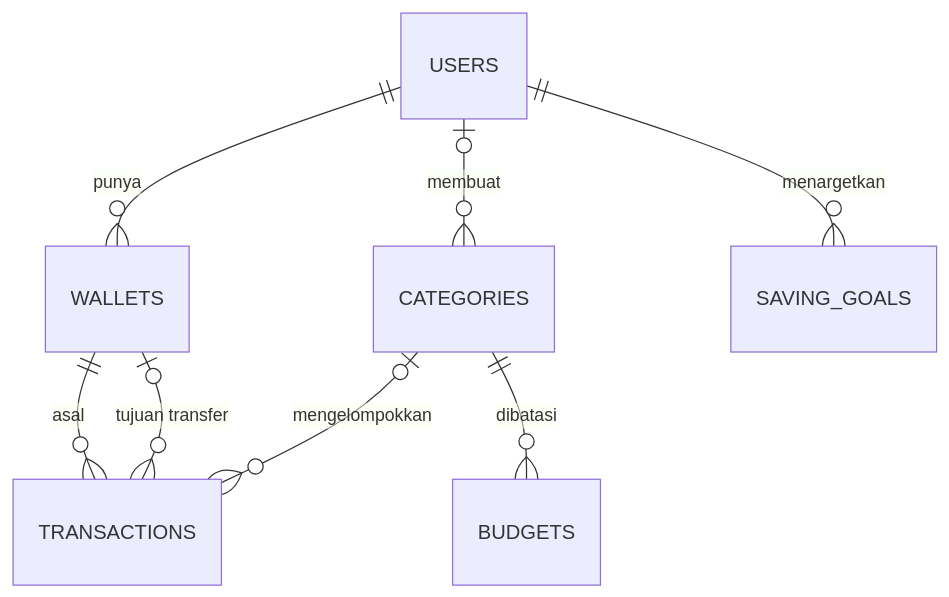
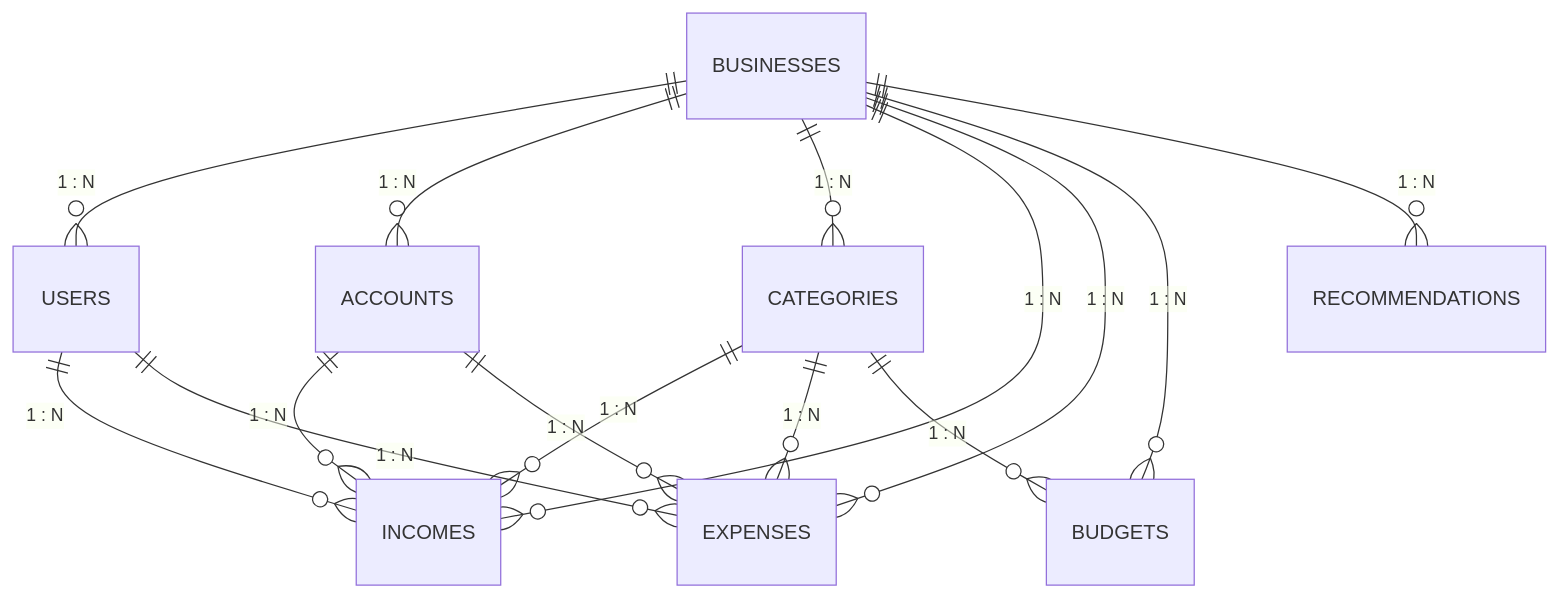
The diagram in docs/PRD.md (vinix7-development/november-intake1-pencatatan-keuangan-UMKM), drawn with Mermaid before and after one commit. The commit also changed other lines of this file and 21 other files, not shown here.

````diff
--- a/docs/PRD.md
+++ b/docs/PRD.md
@@ -40,10 +58,17 @@
 ```mermaid
 erDiagram
-    USERS ||--o{ WALLETS : "punya"
-    USERS |o--o{ CATEGORIES : "membuat"
-    WALLETS ||--o{ TRANSACTIONS : "asal"
-    WALLETS |o--o{ TRANSACTIONS : "tujuan transfer"
-    CATEGORIES |o--o{ TRANSACTIONS : "mengelompokkan"
-    CATEGORIES ||--o{ BUDGETS : "dibatasi"
-    USERS ||--o{ SAVING_GOALS : "menargetkan"
+    BUSINESSES ||--o{ USERS : "1 : N"
+    BUSINESSES ||--o{ ACCOUNTS : "1 : N"
+    BUSINESSES ||--o{ CATEGORIES : "1 : N"
+    BUSINESSES ||--o{ INCOMES : "1 : N"
+    BUSINESSES ||--o{ EXPENSES : "1 : N"
+    BUSINESSES ||--o{ BUDGETS : "1 : N"
+    BUSINESSES ||--o{ RECOMMENDATIONS : "1 : N"
+    ACCOUNTS ||--o{ INCOMES : "1 : N"
+    ACCOUNTS ||--o{ EXPENSES : "1 : N"
+    CATEGORIES ||--o{ INCOMES : "1 : N"
+    CATEGORIES ||--o{ EXPENSES : "1 : N"
+    CATEGORIES ||--o{ BUDGETS : "1 : N"
+    USERS ||--o{ INCOMES : "1 : N"
+    USERS ||--o{ EXPENSES : "1 : N"
 ```
````
